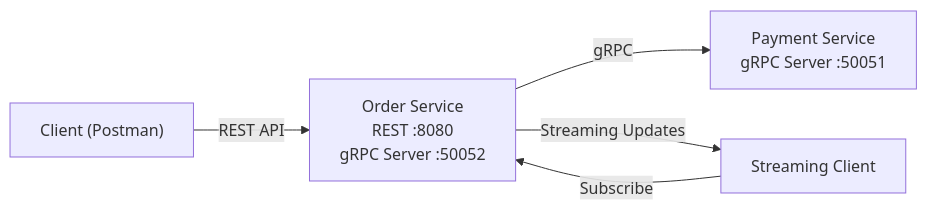
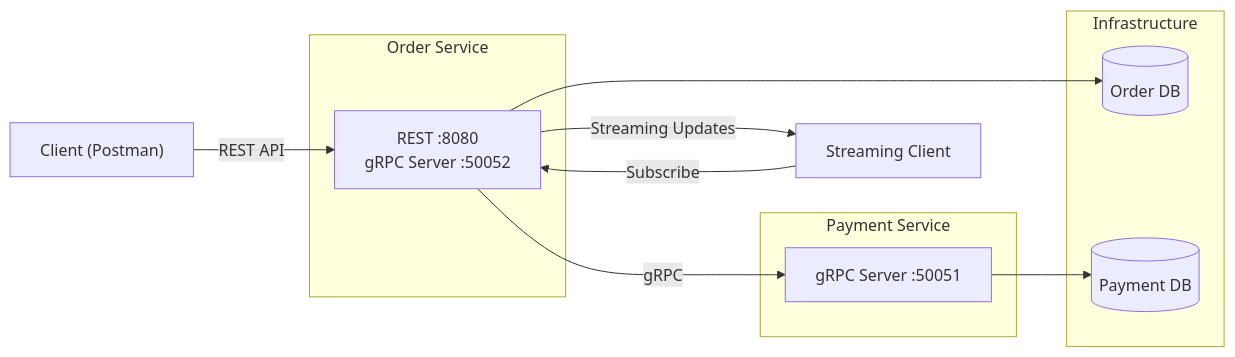
One commit to NuraAbdi/ASS1-AdvanceProg2- changed the diagram in AdvanceProg(ASS1)/README.md. Above: the diagram before and after it, drawn with Mermaid. The commit also changed other lines of this file, not shown here.

Commit message:
Update README with improved architecture diagram

````diff
--- a/AdvanceProg(ASS1)/README.md
+++ b/AdvanceProg(ASS1)/README.md
@@ -119,15 +119,28 @@
 ```mermaid
 flowchart LR
 
     Client["Client (Postman)"]
 
-    Order["Order Service\nREST :8080\n gRPC Server :50052"]
-    Payment["Payment Service\n gRPC Server :50051"]
+    subgraph OrderService["Order Service"]
+        OS["REST :8080\n gRPC Server :50052"]
+    end
+
+    subgraph PaymentService["Payment Service"]
+        PS["gRPC Server :50051"]
+    end
+
+    subgraph Infrastructure
+        DB1[(Order DB)]
+        DB2[(Payment DB)]
+    end
 
     StreamClient["Streaming Client"]
 
-    Client -->|REST API| Order
-    Order -->|gRPC| Payment
-    StreamClient -->|Subscribe| Order
-    Order -->|Streaming Updates| StreamClient
+    Client -->|REST API| OS
+    OS -->|gRPC| PS
+    OS --> DB1
+    PS --> DB2
+
+    StreamClient -->|Subscribe| OS
+    OS -->|Streaming Updates| StreamClient
 ```
````
